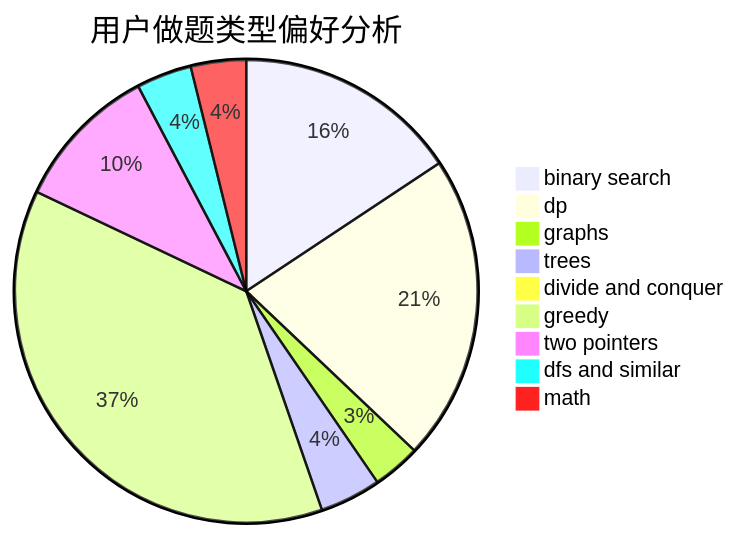
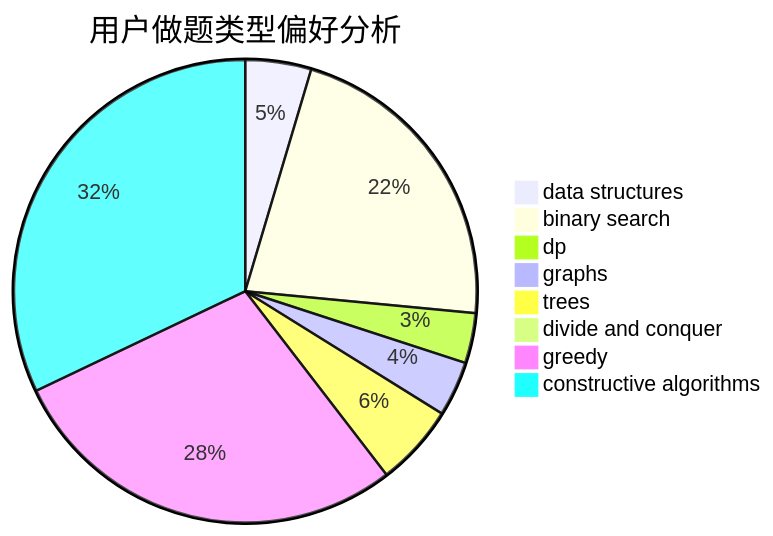
One commit to sherpahu/cfrs.github.io changed the second of 3 diagrams in docs/user/u1436.md. Above: the diagram before and after it, drawn with Mermaid. The commit also changed other lines of this file and 2775 other files, not shown here.

````diff
--- a/docs/user/u1436.md
+++ b/docs/user/u1436.md
@@ -23,12 +23,11 @@
 ```mermaid
 pie title 用户做题类型偏好分析
-    "binary search" :  337
-    "dp" :  460
-    "graphs" :  72
-    "trees" :  92
-    "divide and conquer" :  20
-    "greedy" :  803
-    "two pointers" :  220
-    "dfs and similar" :  83
-    "math" :  83
+    "data structures" :  67
+    "binary search" :  319
+    "dp" :  51
+    "graphs" :  56
+    "trees" :  83
+    "divide and conquer" :  11
+    "greedy" :  413
+    "constructive algorithms" :  467
 ```
````
